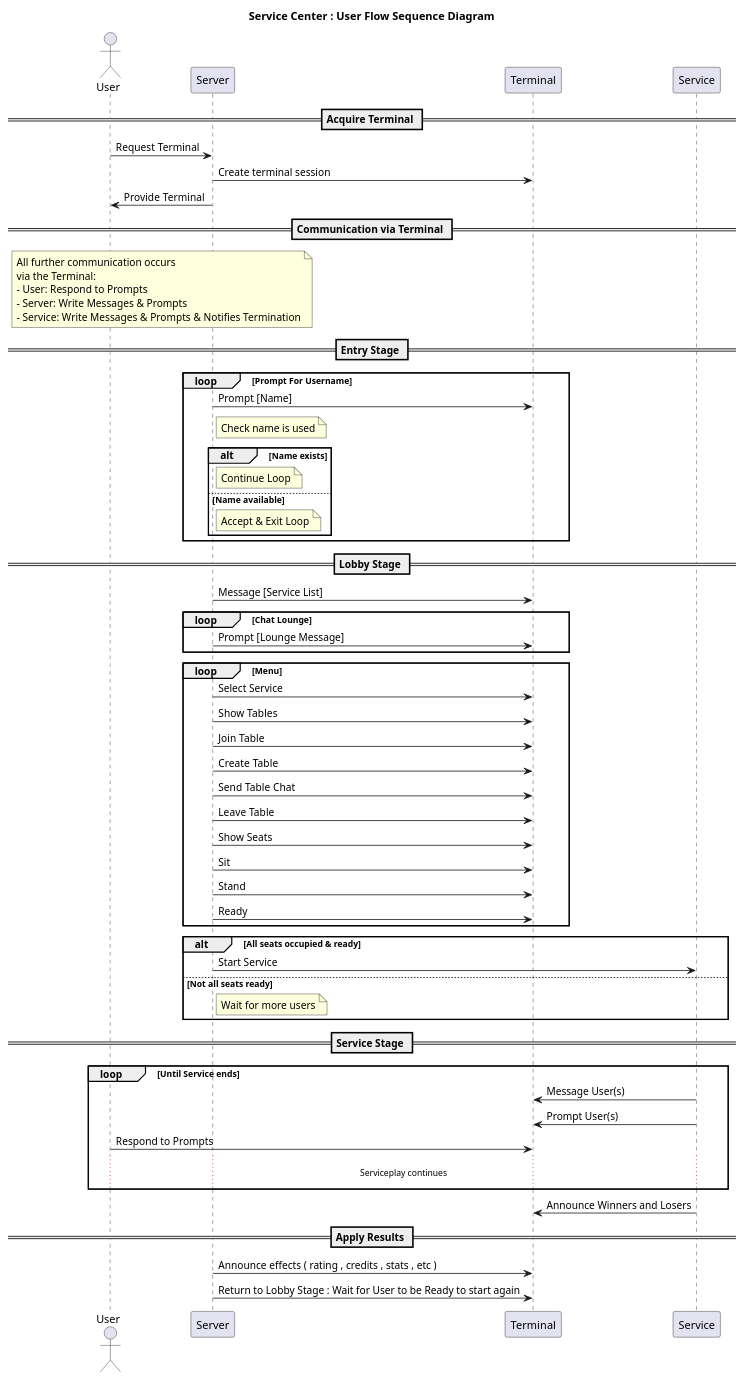
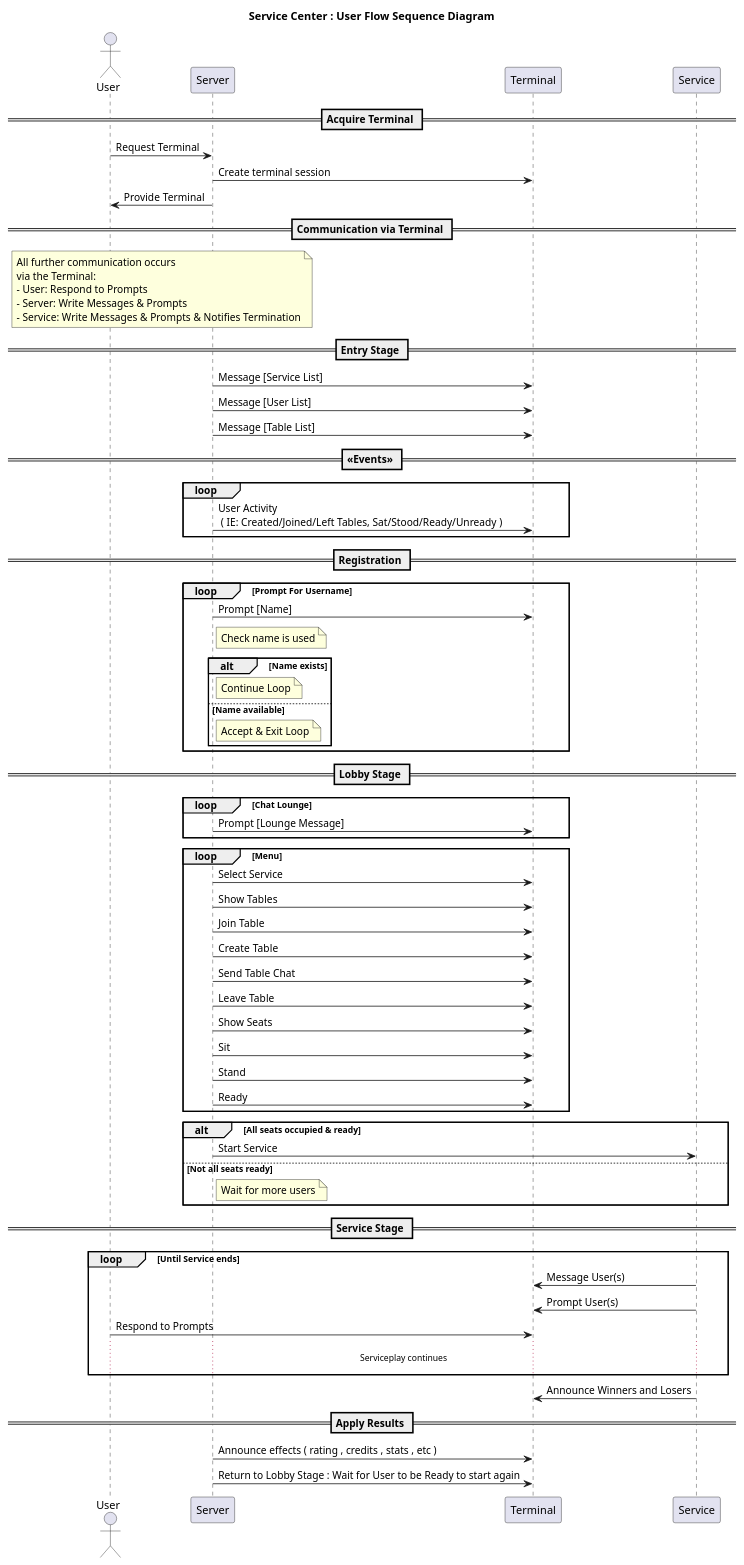
Before and after one commit to hawryschuk/terminals: the third of 4 diagrams in README.md, drawn with PlantUML. The commit also changed other lines of this file and 10 other files, not shown here.

Commit message:
docs: Improve documentation on classes/sequence fix: Terminal/WebTerminal bug with prompt , clobber fix: Service Center Client: Tables: calculating members fix: Service Center: clobber menu, but handle once

```diff
--- a/README.md
+++ b/README.md
@@ -158,6 +191,16 @@
 end note
 
 == Entry Stage ==
+    Server -> Terminal: Message [Service List]
+    Server -> Terminal: Message [User List]
+    Server -> Terminal: Message [Table List]
+
+== <<Events>> ==
+loop
+    Server -> Terminal: User Activity  \n ( IE: Created/Joined/Left Tables, Sat/Stood/Ready/Unready )
+end
+
+== Registration ==
     loop Prompt For Username
         Server -> Terminal: Prompt [Name]
         note right of Server
@@ -175,7 +218,6 @@
     end
 
 == Lobby Stage ==
-Server -> Terminal: Message [Service List]
 
 loop Chat Lounge
     Server -> Terminal: Prompt [Lounge Message]
```
